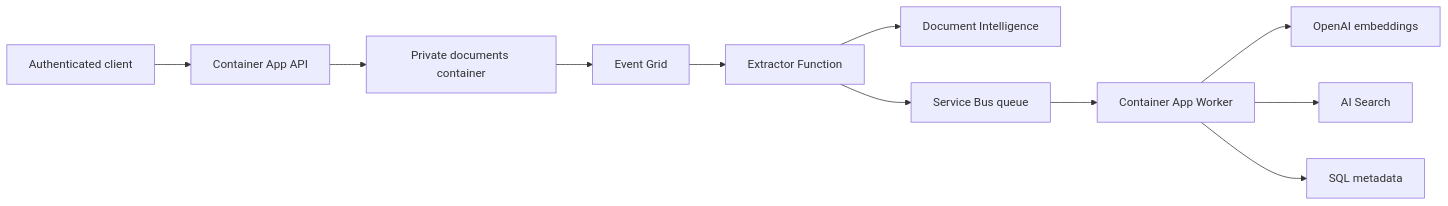
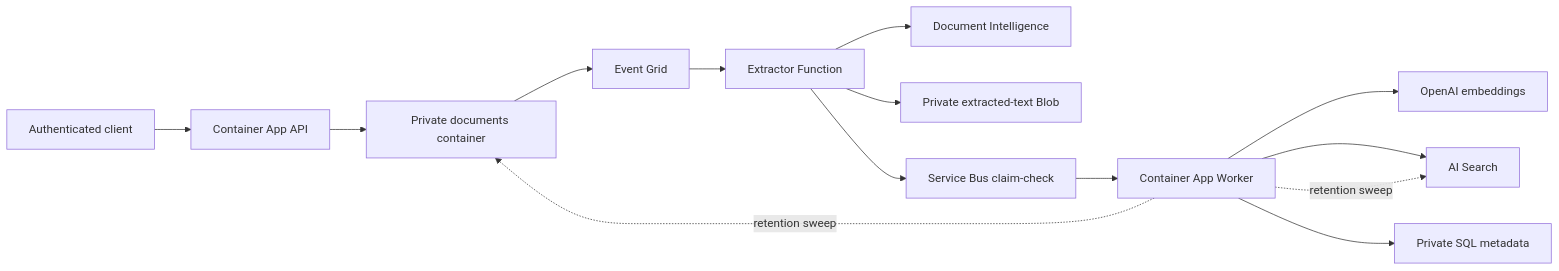
Before and after one commit to JermaineIsmael/document-intake-platform: the diagram in docs/architecture/architecture-overview.md, drawn with Mermaid. The commit also changed other lines of this file and 12 other files, not shown here.

````diff
--- a/docs/architecture/architecture-overview.md
+++ b/docs/architecture/architecture-overview.md
@@ -13,13 +13,16 @@
 ```mermaid
 flowchart LR
     User[Authenticated client] --> API[Container App API]
     API --> Blob[Private documents container]
     Blob --> Events[Event Grid]
     Events --> Function[Extractor Function]
     Function --> DI[Document Intelligence]
-    Function --> Queue[Service Bus queue]
+    Function --> Text[Private extracted-text Blob]
+    Function --> Queue[Service Bus claim-check]
     Queue --> Worker[Container App Worker]
     Worker --> AI[OpenAI embeddings]
     Worker --> Search[AI Search]
-    Worker --> SQL[SQL metadata]
+    Worker --> SQL[Private SQL metadata]
+    Worker -. retention sweep .-> Blob
+    Worker -. retention sweep .-> Search
 ```
````
